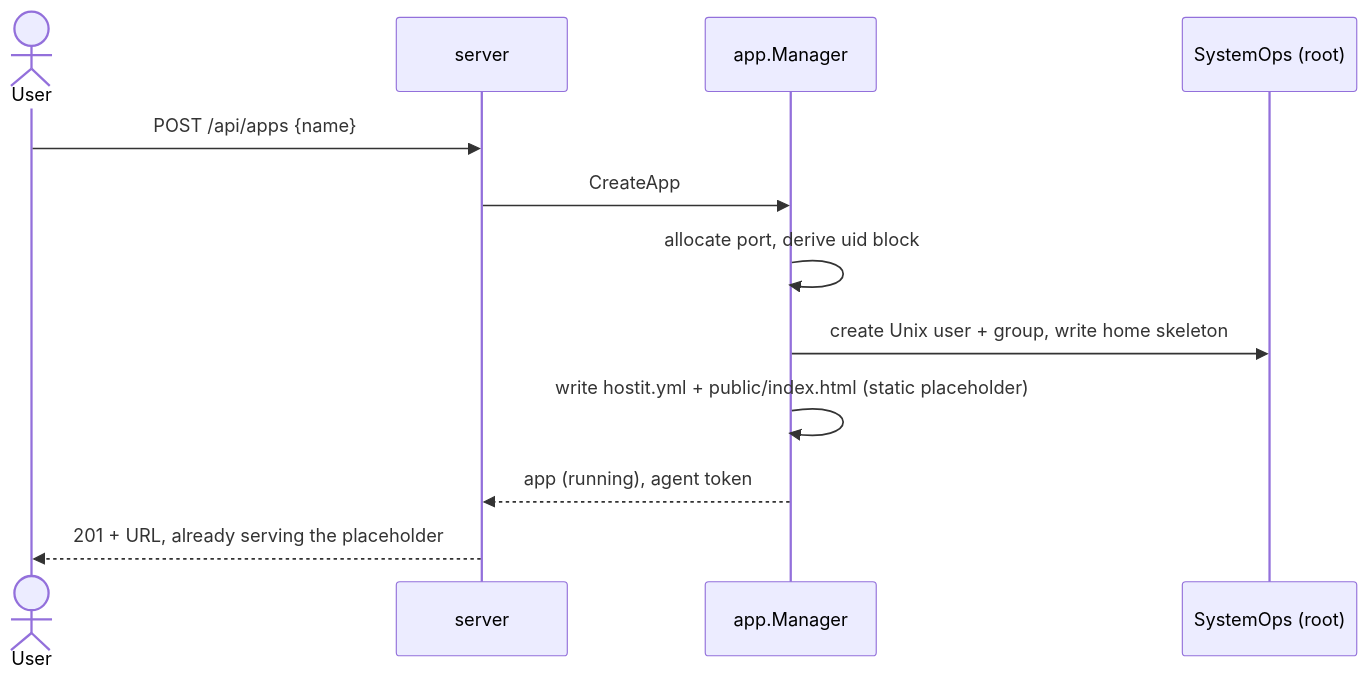
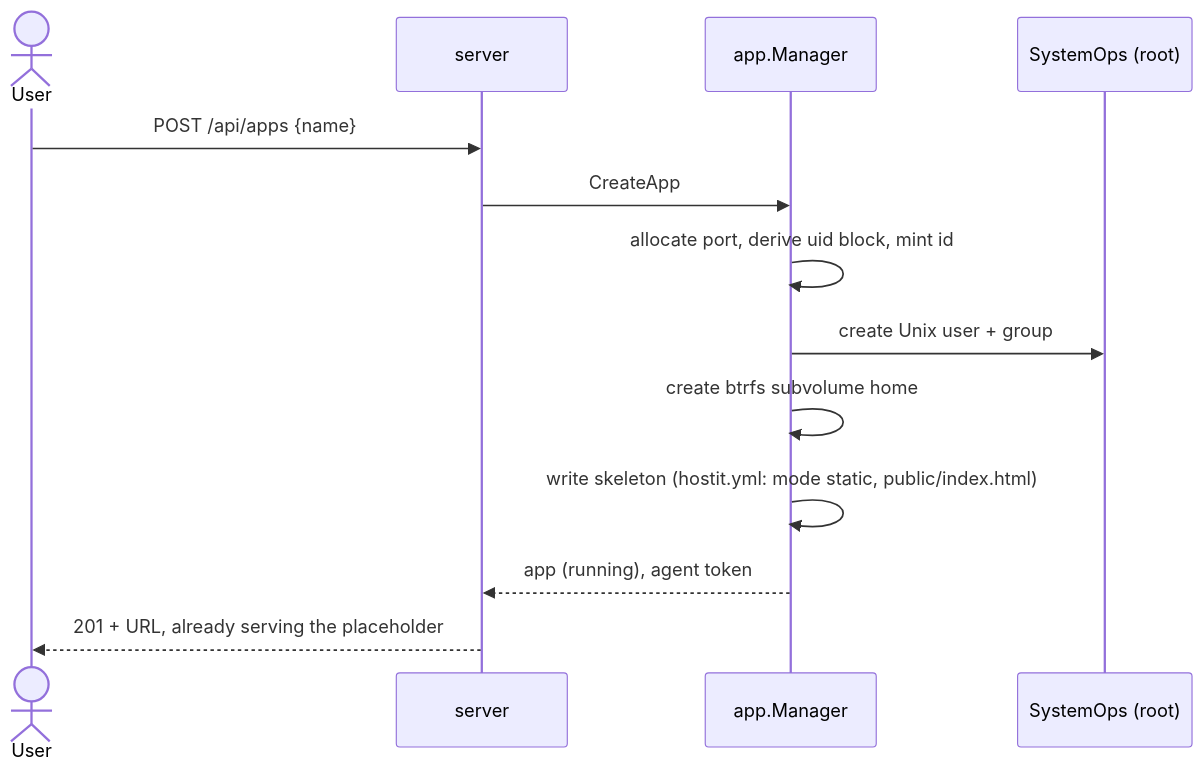
One commit to binwiederhier/hostit changed the fourth of 8 diagrams in docs/internal/slides/slides.md. Above: the diagram before and after it, drawn with Mermaid. The commit also changed other lines of this file and 2 other files, not shown here.

````diff
--- a/docs/internal/slides/slides.md
+++ b/docs/internal/slides/slides.md
@@ -120,14 +207,15 @@
 ```mermaid
 sequenceDiagram
     actor User
     participant S as server
     participant M as app.Manager
     participant Sys as SystemOps (root)
     User->>S: POST /api/apps {name}
     S->>M: CreateApp
-    M->>M: allocate port, derive uid block
-    M->>Sys: create Unix user + group, write home skeleton
-    M->>M: write hostit.yml + public/index.html (static placeholder)
+    M->>M: allocate port, derive uid block, mint id
+    M->>Sys: create Unix user + group
+    M->>M: create btrfs subvolume home
+    M->>M: write skeleton (hostit.yml: mode static, public/index.html)
     M-->>S: app (running), agent token
     S-->>User: 201 + URL, already serving the placeholder
 ```
````
